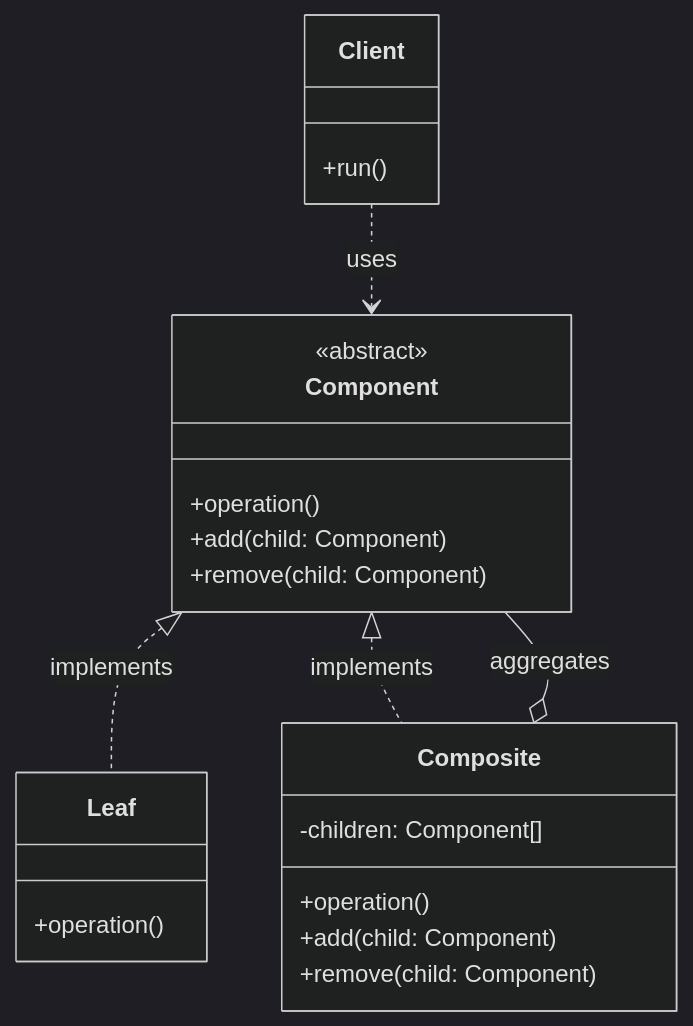
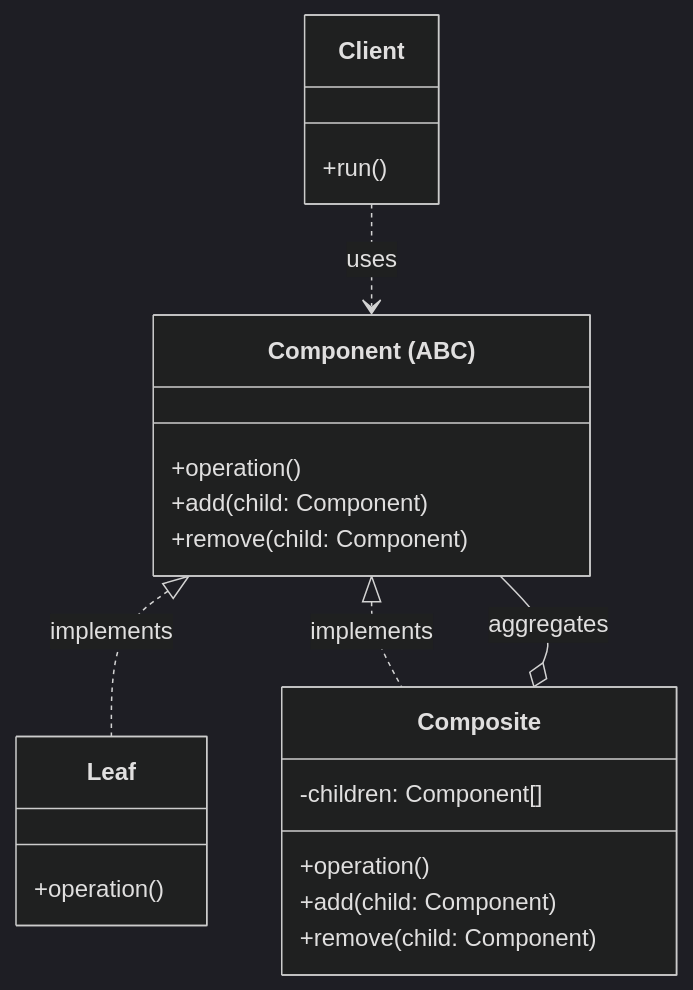
Before and after one commit to arunnambyar/tutorials: the first of 2 diagrams in design_patterns/docs/1610_composite_gof.md, drawn with Mermaid (dark theme). The commit also changed 13 other files, not shown here.

````diff
--- a/design_patterns/docs/1610_composite_gof.md
+++ b/design_patterns/docs/1610_composite_gof.md
@@ -38,31 +38,30 @@
 ```mermaid
 classDiagram
     direction TB
 
-    class Component {
-        <<abstract>>
+    class Component["Component (ABC)"] {
         +operation()
         +add(child: Component)
         +remove(child: Component)
     }
 
     class Leaf {
         +operation()
     }
 
     class Composite {
         -children: Component[]
         +operation()
         +add(child: Component)
         +remove(child: Component)
     }
 
     class Client {
         +run()
     }
 
     Client ..> Component : uses
     Component <|.. Leaf : implements
     Component <|.. Composite : implements
     Composite o-- Component : aggregates 
 ```
````
